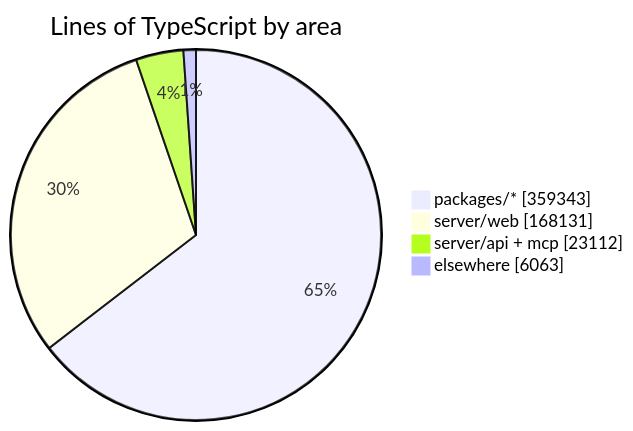
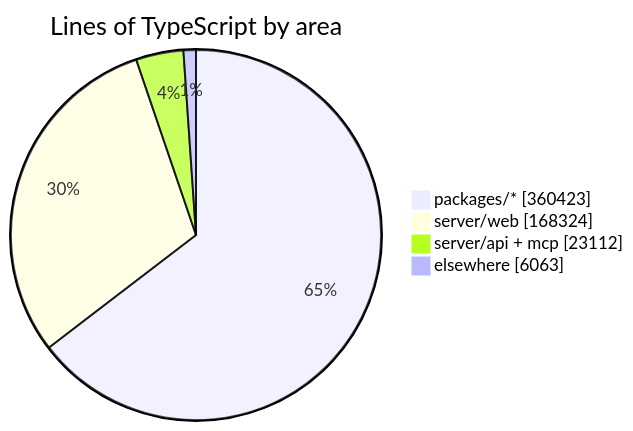
One commit to crossworks-engineering/mantle changed the diagram in README.md. Above: the diagram before and after it, drawn with Mermaid. The commit also changed other lines of this file and 2 other files, not shown here.

````diff
--- a/README.md
+++ b/README.md
@@ -294,7 +294,7 @@
 ```mermaid
 pie showData title Lines of TypeScript by area
-    "packages/*" : 359343
-    "server/web" : 168131
+    "packages/*" : 360423
+    "server/web" : 168324
     "server/api + mcp" : 23112
     "elsewhere" : 6063
 ```
````
